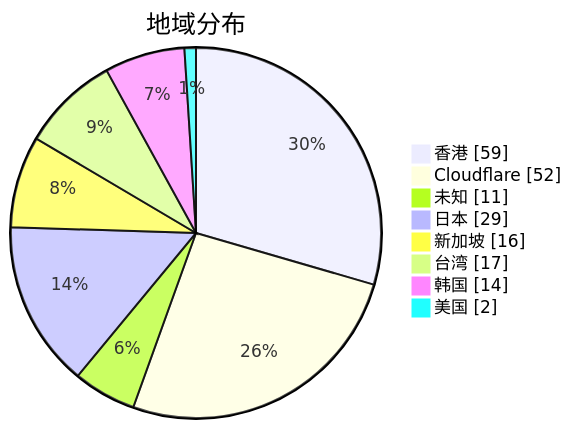
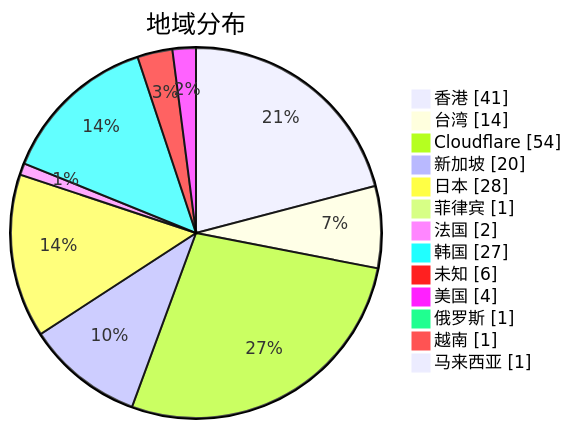
The second of 3 diagrams in subs/statistics/tested_within.md (qjlxg/airport), drawn with Mermaid before and after one commit. The commit also changed other lines of this file and 2 other files, not shown here.

````diff
--- a/subs/statistics/tested_within.md
+++ b/subs/statistics/tested_within.md
@@ -11,12 +12,17 @@
 ```mermaid
 pie showData
 title 地域分布
-"香港" : 59
-"Cloudflare" : 52
-"未知" : 11
-"日本" : 29
-"新加坡" : 16
-"台湾" : 17
-"韩国" : 14
-"美国" : 2
+"香港" : 41
+"台湾" : 14
+"Cloudflare" : 54
+"新加坡" : 20
+"日本" : 28
+"菲律宾" : 1
+"法国" : 2
+"韩国" : 27
+"未知" : 6
+"美国" : 4
+"俄罗斯" : 1
+"越南" : 1
+"马来西亚" : 1
 ```
````
